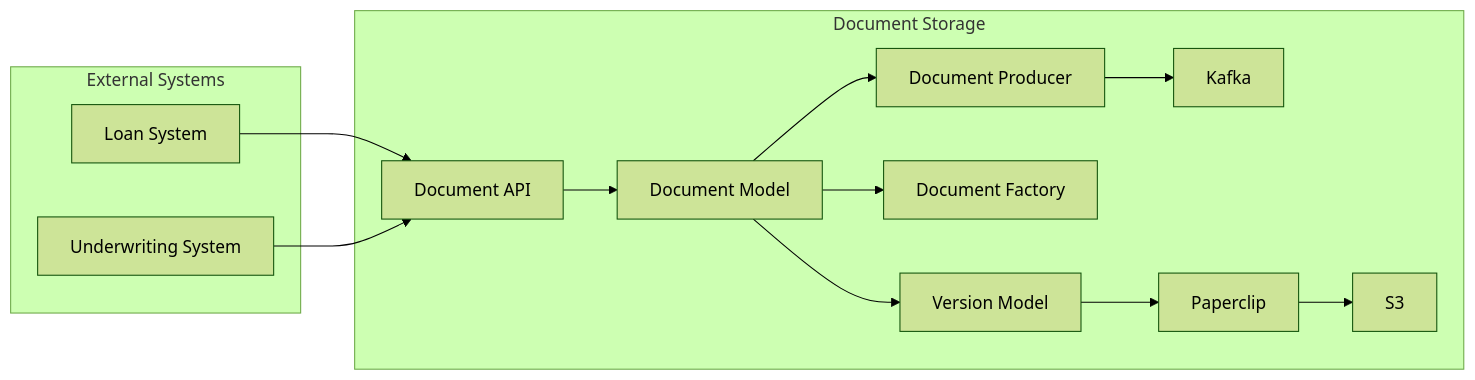
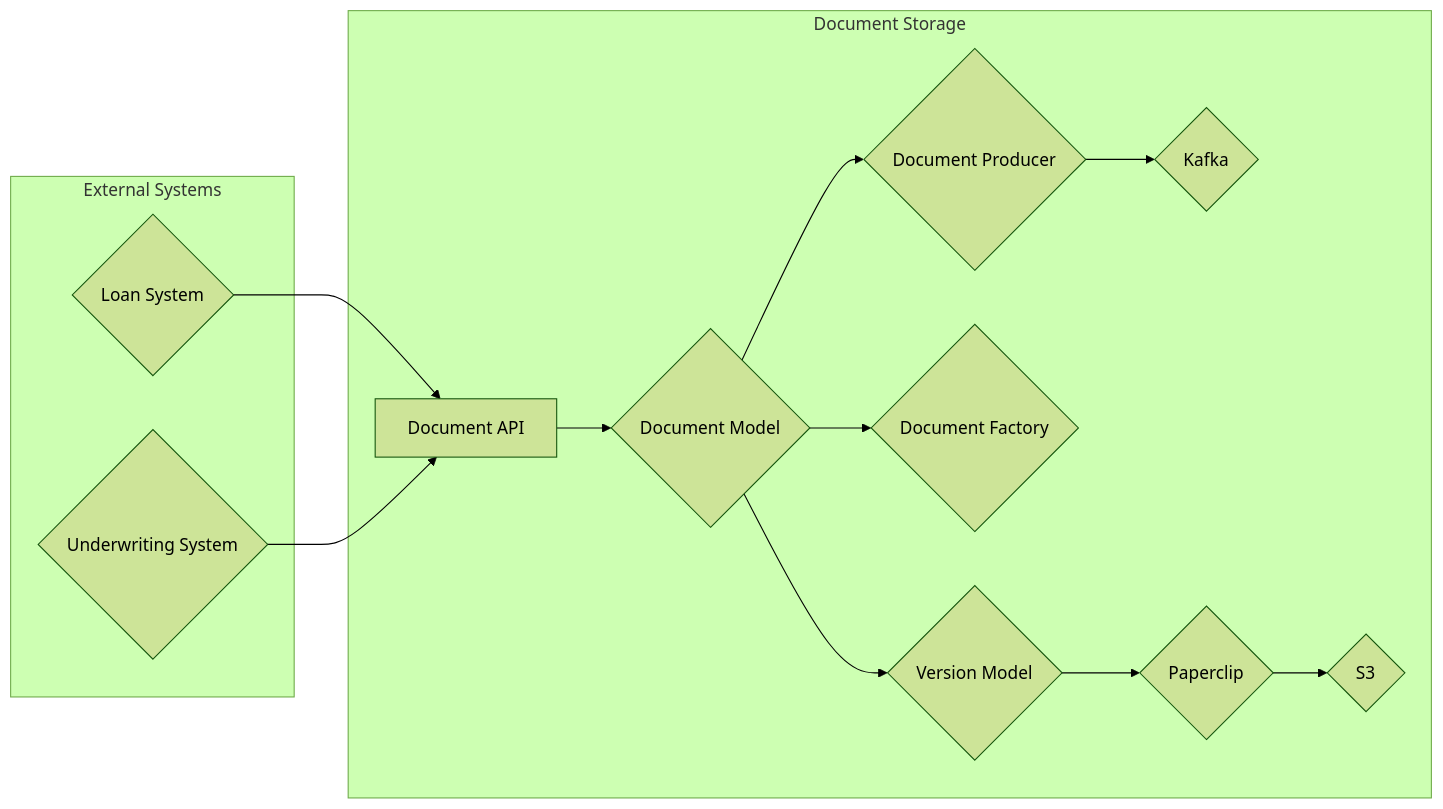
The diagram in docs/architecture.md (thms/document-storage), drawn with Mermaid (forest theme) before and after one commit. The commit also changed other lines of this file and 7 other files, not shown here.

````diff
--- a/docs/architecture.md
+++ b/docs/architecture.md
@@ -1,16 +9,16 @@
 ```mermaid
 graph LR
     subgraph Document Storage
-        A[Document API] --> B[Document Model]
-        B --> C[Version Model]
-        B --> D[Document Factory]
-        B --> E[Document Producer]
-        E --> F[Kafka]
-        C --> G[Paperclip]
-        G --> H[S3]
+        A[Document API] --> B{Document Model}
+        B --> C{Version Model}
+        B --> D{Document Factory}
+        B --> E{Document Producer}
+        E --> F{Kafka}
+        C --> G{Paperclip}
+        G --> H{S3}
     end
     subgraph External Systems
-        I[Loan System] --> A
-        J[Underwriting System] --> A
+        I{Loan System} --> A
+        J{Underwriting System} --> A
     end
 ```
````
